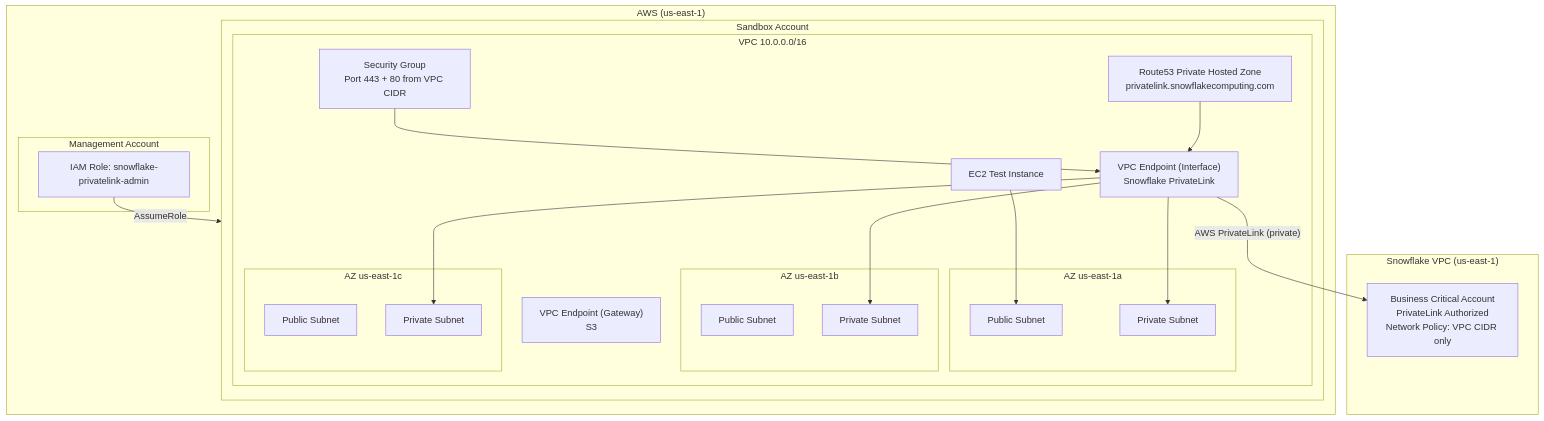
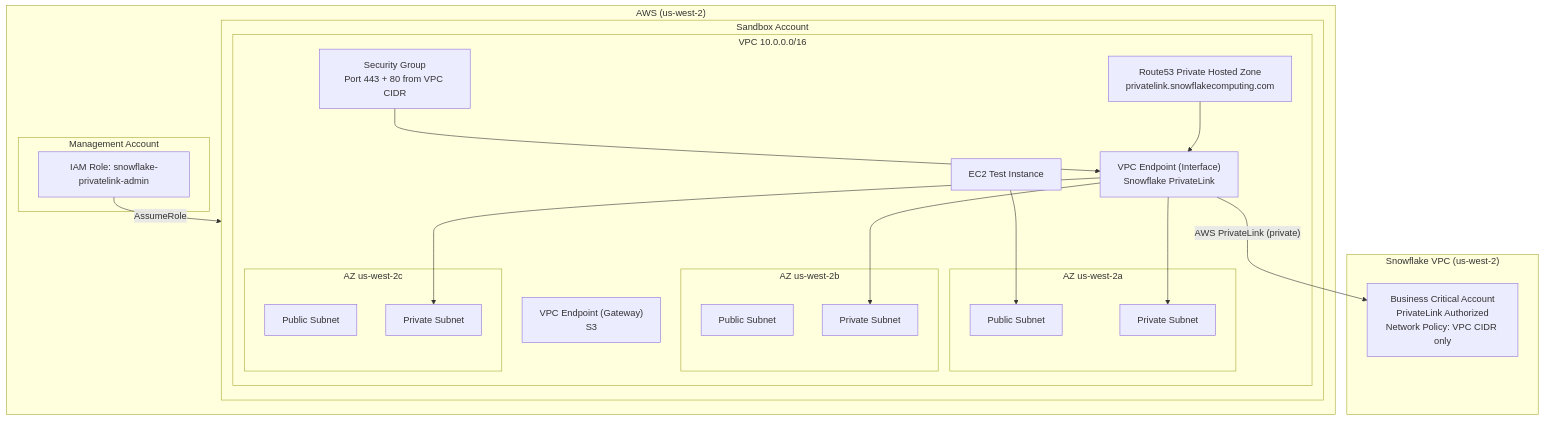
Before and after one commit to midega-g/snowflake_aws_privatelink: the first of 3 diagrams in .kiro/specs/02-design.md, drawn with Mermaid. The commit also changed other lines of this file and 12 other files, not shown here.

First line of the commit message:
feat: migrate from us-east-1 to us-west-2

````diff
--- a/.kiro/specs/02-design.md
+++ b/.kiro/specs/02-design.md
@@ -5,44 +5,44 @@
 ```mermaid
 flowchart TB
-    subgraph AWS["AWS (us-east-1)"]
+    subgraph AWS["AWS (us-west-2)"]
         subgraph MGMT["Management Account"]
             ROLE["IAM Role: snowflake-privatelink-admin"]
         end
 
         subgraph SANDBOX["Sandbox Account"]
             subgraph VPC["VPC 10.0.0.0/16"]
-                subgraph AZ1["AZ us-east-1a"]
+                subgraph AZ1["AZ us-west-2a"]
                     PUB1["Public Subnet"]
                     PRIV1["Private Subnet"]
                 end
-                subgraph AZ2["AZ us-east-1b"]
+                subgraph AZ2["AZ us-west-2b"]
                     PUB2["Public Subnet"]
                     PRIV2["Private Subnet"]
                 end
-                subgraph AZ3["AZ us-east-1c"]
+                subgraph AZ3["AZ us-west-2c"]
                     PUB3["Public Subnet"]
                     PRIV3["Private Subnet"]
                 end
 
                 EC2["EC2 Test Instance"]
                 VPCE["VPC Endpoint (Interface)\nSnowflake PrivateLink"]
                 S3GW["VPC Endpoint (Gateway)\nS3"]
                 SG["Security Group\nPort 443 + 80 from VPC CIDR"]
                 R53["Route53 Private Hosted Zone\nprivatelink.snowflakecomputing.com"]
             end
         end
     end
 
-    subgraph SF["Snowflake VPC (us-east-1)"]
+    subgraph SF["Snowflake VPC (us-west-2)"]
         SFACCT["Business Critical Account\nPrivateLink Authorized\nNetwork Policy: VPC CIDR only"]
     end
 
     EC2 --> PUB1
     VPCE --> PRIV1
     VPCE --> PRIV2
     VPCE --> PRIV3
     SG --> VPCE
     R53 --> VPCE
     VPCE -->|"AWS PrivateLink (private)"| SFACCT
     ROLE -->|"AssumeRole"| SANDBOX
 ```
````
